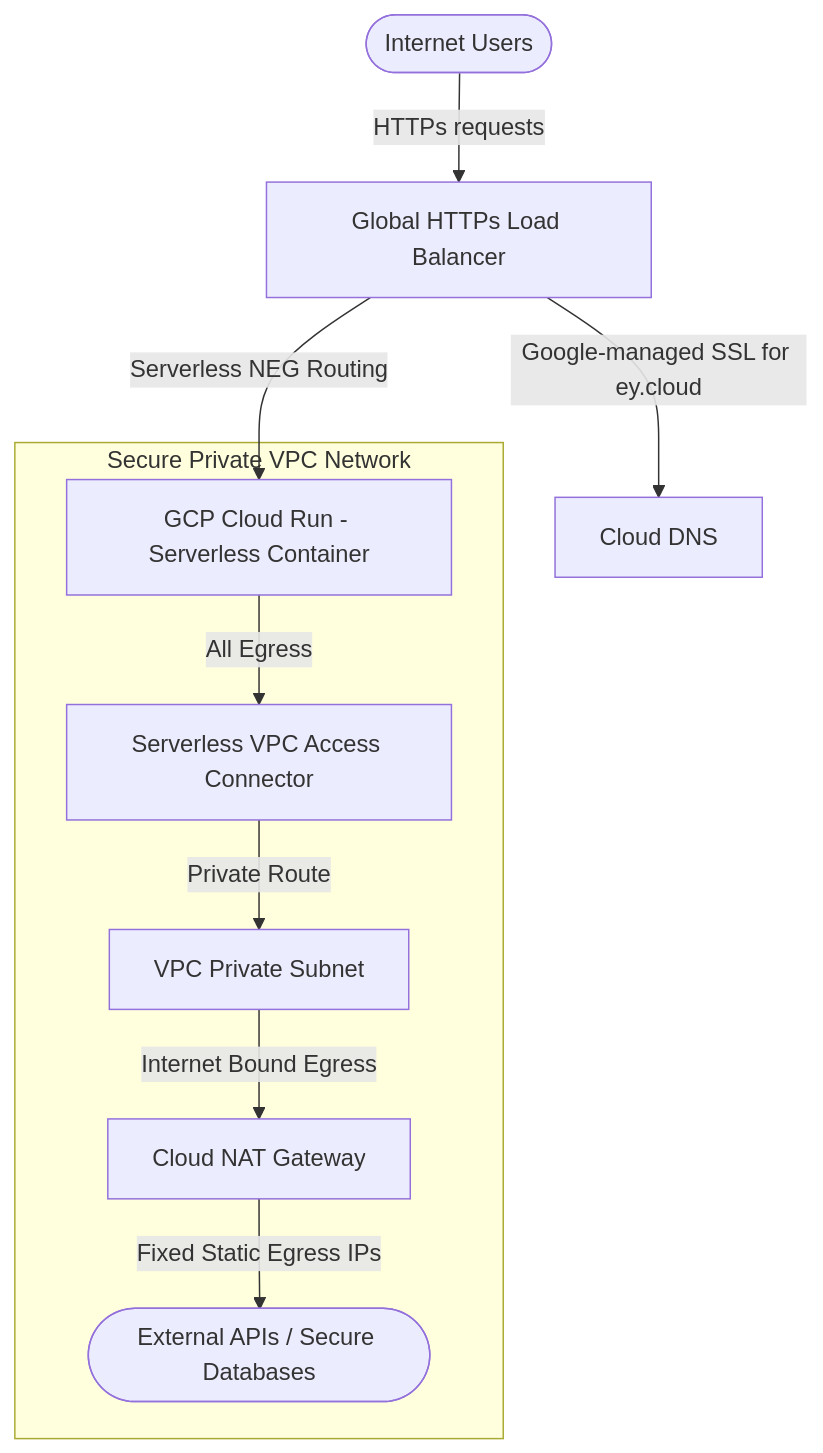
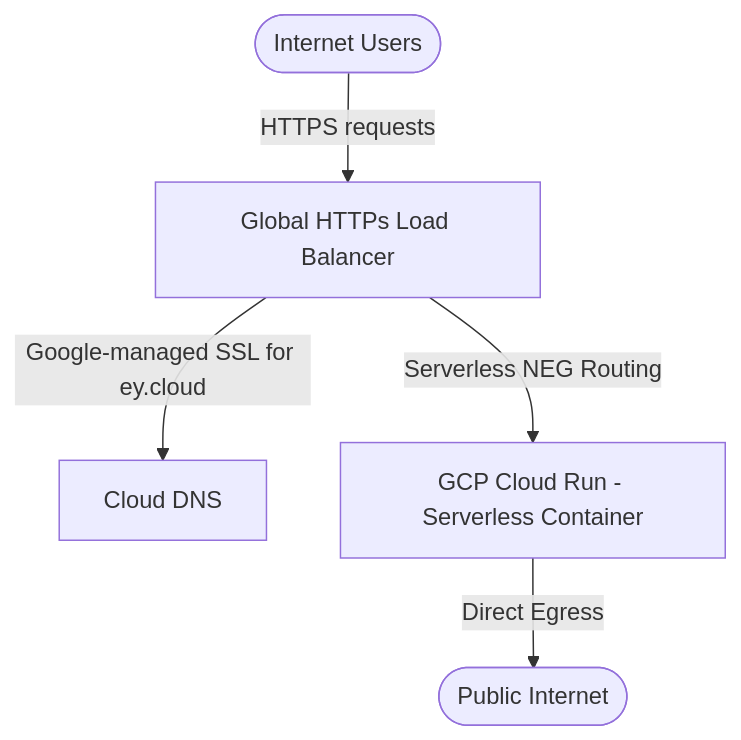
Before and after one commit to eugeneyu/eugeneyu-portfolio: the diagram in README.md, drawn with Mermaid. The commit also changed other lines of this file, not shown here.

Commit message:
Update README.md: remove Cloud NAT, detail Cloud DNS and deploy.sh automated flow

````diff
--- a/README.md
+++ b/README.md
@@ -58,13 +58,7 @@
 ```mermaid
 graph TD
-    User([Internet Users]) -->|HTTPs requests| GCLB[Global HTTPs Load Balancer]
+    User([Internet Users]) -->|HTTPS requests| GCLB[Global HTTPs Load Balancer]
     GCLB -->|Google-managed SSL for ey.cloud| DNS[Cloud DNS]
     GCLB -->|Serverless NEG Routing| CloudRun[GCP Cloud Run - Serverless Container]
-    
-    subgraph Secure Private VPC Network
-        CloudRun -->|All Egress| ServerlessConnector[Serverless VPC Access Connector]
-        ServerlessConnector -->|Private Route| PrivateSubnet[VPC Private Subnet]
-        PrivateSubnet -->|Internet Bound Egress| CloudNAT[Cloud NAT Gateway]
-        CloudNAT -->|Fixed Static Egress IPs| ExternalAPIs([External APIs / Secure Databases])
-    end
+    CloudRun -->|Direct Egress| PublicInternet([Public Internet])
 ```
````
